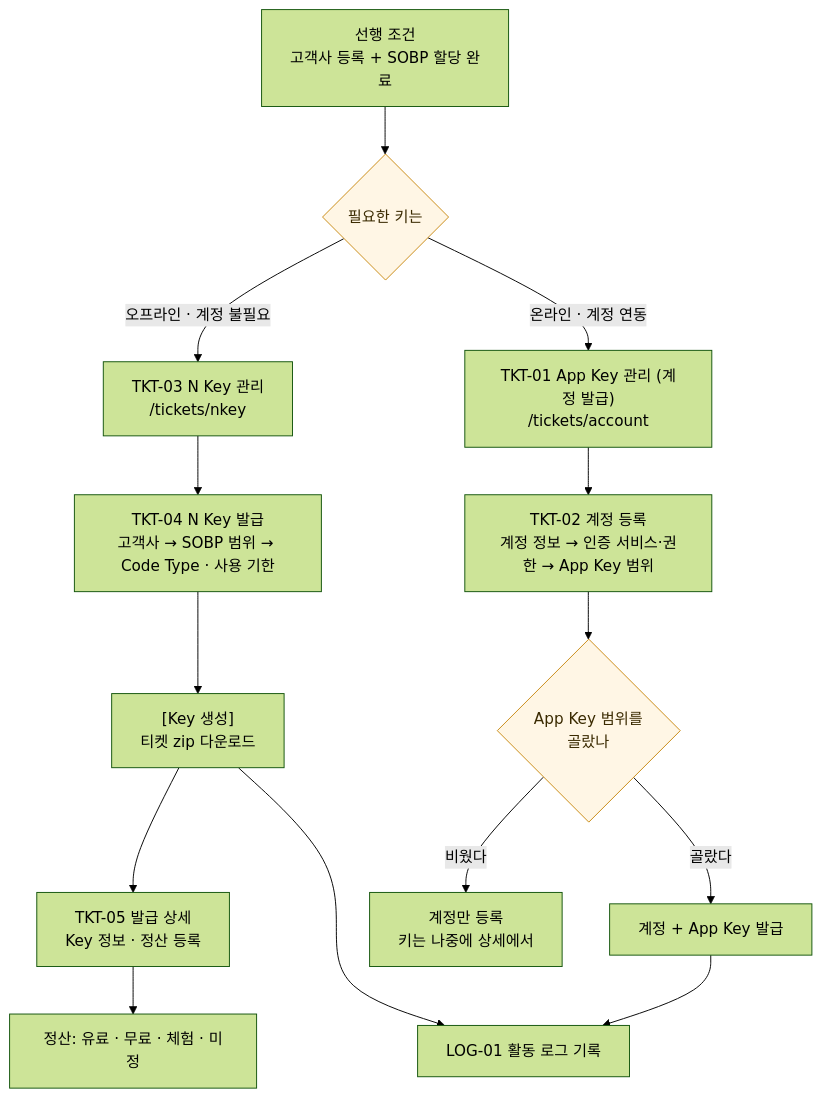
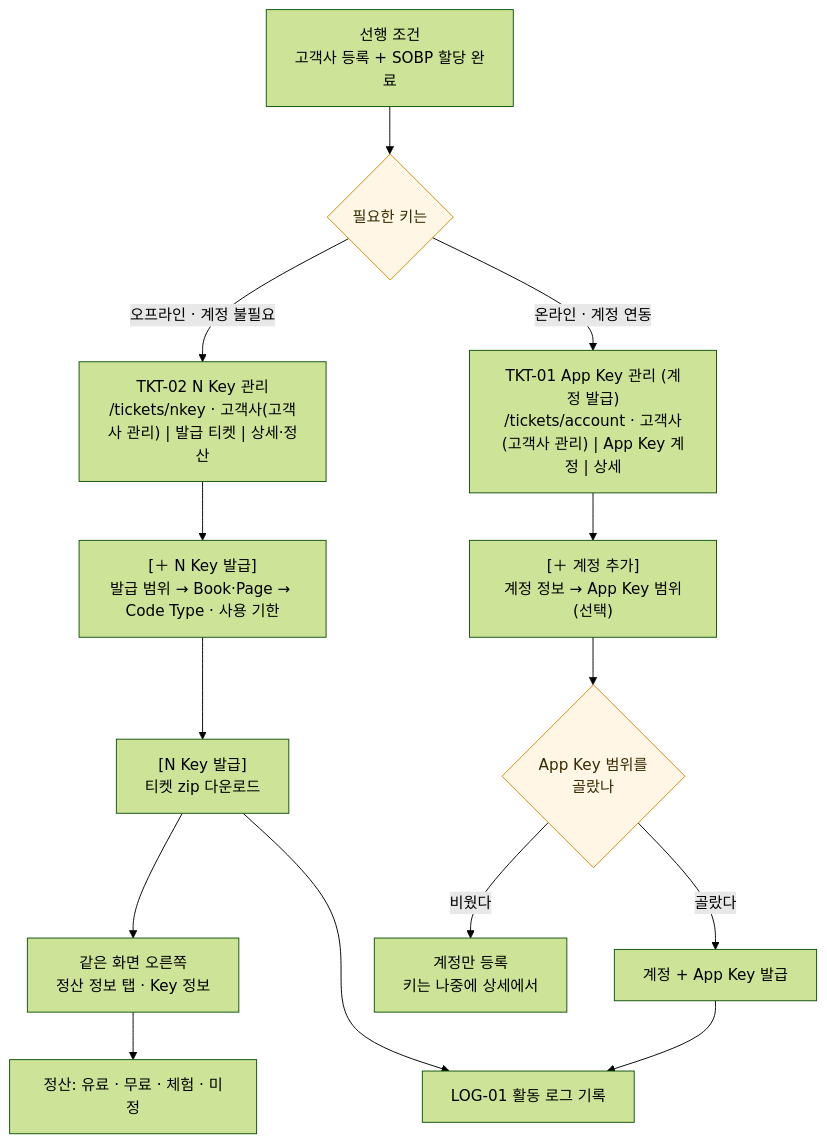
Before and after one commit to sjkim-create/NcodeCenter: the third of 6 diagrams in docs/NcodeCenter-Flow.md, drawn with Mermaid (forest theme). The commit also changed other lines of this file and 75 other files, not shown here.

First line of the commit message:
App Key · N Key 관리 3단 통합 · 고객사 관리 고객사로 발급 · 화면코드 TKT-01/02 정리 (PC-146~158)

````diff
--- a/docs/NcodeCenter-Flow.md
+++ b/docs/NcodeCenter-Flow.md
@@ -96,22 +96,22 @@
 ```mermaid
 flowchart TD
     P["선행 조건<br/>고객사 등록 + SOBP 할당 완료"] --> Q{"필요한 키는"}
 
-    Q -->|"오프라인 · 계정 불필요"| N1["TKT-03 N Key 관리<br/>/tickets/nkey"]
-    N1 --> N2["TKT-04 N Key 발급<br/>고객사 → SOBP 범위 → Code Type · 사용 기한"]
-    N2 --> N3["[Key 생성]<br/>티켓 zip 다운로드"]
-    N3 --> N4["TKT-05 발급 상세<br/>Key 정보 · 정산 등록"]
+    Q -->|"오프라인 · 계정 불필요"| N1["TKT-02 N Key 관리<br/>/tickets/nkey · 고객사(고객사 관리) | 발급 티켓 | 상세·정산"]
+    N1 --> N2["[＋ N Key 발급]<br/>발급 범위 → Book·Page → Code Type · 사용 기한"]
+    N2 --> N3["[N Key 발급]<br/>티켓 zip 다운로드"]
+    N3 --> N4["같은 화면 오른쪽<br/>정산 정보 탭 · Key 정보"]
 
-    Q -->|"온라인 · 계정 연동"| A1["TKT-01 App Key 관리 (계정 발급)<br/>/tickets/account"]
-    A1 --> A2["TKT-02 계정 등록<br/>계정 정보 → 인증 서비스·권한 → App Key 범위"]
+    Q -->|"온라인 · 계정 연동"| A1["TKT-01 App Key 관리 (계정 발급)<br/>/tickets/account · 고객사(고객사 관리) | App Key 계정 | 상세"]
+    A1 --> A2["[＋ 계정 추가]<br/>계정 정보 → App Key 범위(선택)"]
     A2 --> A3{"App Key 범위를<br/>골랐나"}
     A3 -- 골랐다 --> A4["계정 + App Key 발급"]
     A3 -- 비웠다 --> A5["계정만 등록<br/>키는 나중에 상세에서"]
 
     N3 --> L["LOG-01 활동 로그 기록"]
     A4 --> L
     N4 --> B2["정산: 유료 · 무료 · 체험 · 미정"]
 
     classDef gate fill:#fff6e5,stroke:#c98a12,color:#3a2a00;
     class Q,A3 gate;
 ```
````
